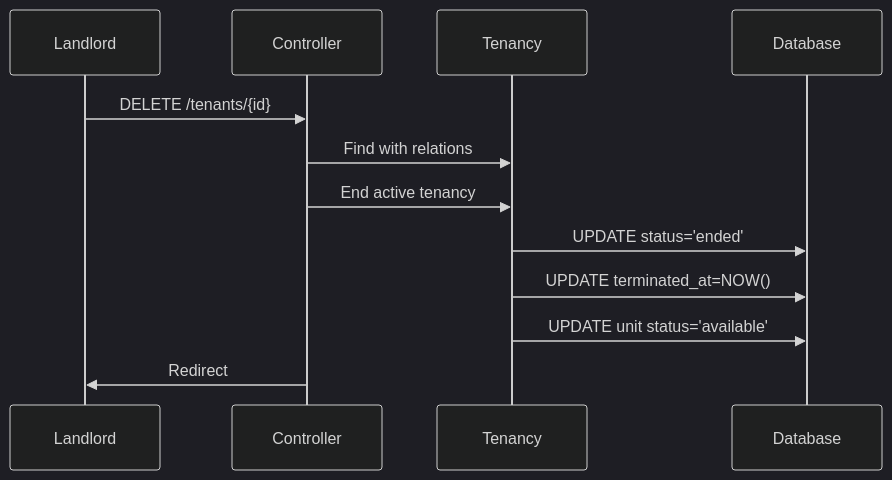
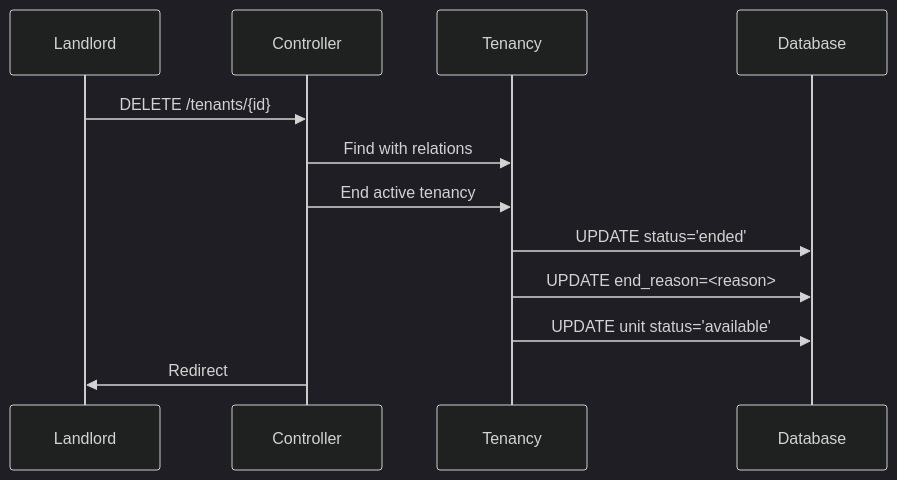
The fifth of 17 diagrams in docs/projectsummary/BUSINESS_LOGIC.md (luisosena/estate), drawn with Mermaid (dark theme) before and after one commit. The commit also changed other lines of this file and 9 other files, not shown here.

````diff
--- a/docs/projectsummary/BUSINESS_LOGIC.md
+++ b/docs/projectsummary/BUSINESS_LOGIC.md
@@ -485,15 +475,15 @@
 ```mermaid
 sequenceDiagram
     participant Landlord
     participant Controller
     participant Model as Tenancy
     participant DB as Database
     
     Landlord->>Controller: DELETE /tenants/{id}
     Controller->>Model: Find with relations
     Controller->>Model: End active tenancy
     Model->>DB: UPDATE status='ended'
-    Model->>DB: UPDATE terminated_at=NOW()
+    Model->>DB: UPDATE end_reason=<reason>
     Model->>DB: UPDATE unit status='available'
     Controller->>Landlord: Redirect
 ```
````
